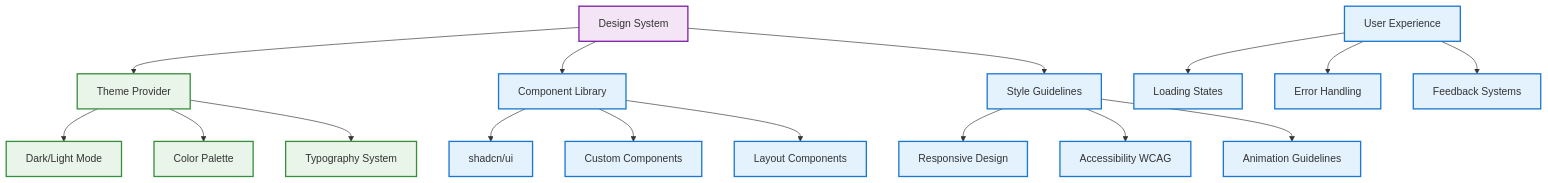
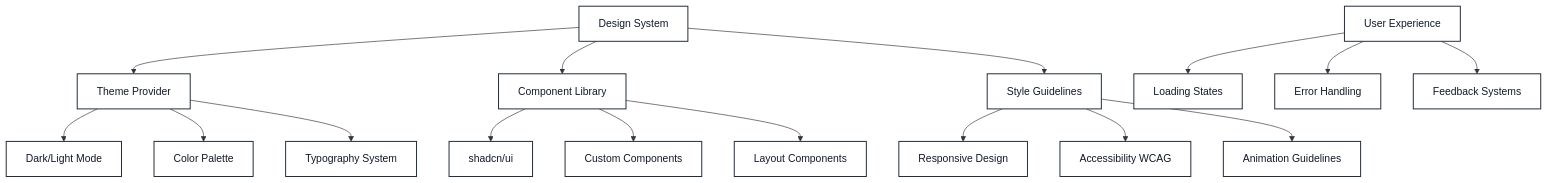
Before and after one commit to Om7035/student-market: the ninth of 11 diagrams in ARCHITECTURE_DIAGRAMS.md, drawn with Mermaid. The commit also changed other lines of this file, not shown here.

````diff
--- a/ARCHITECTURE_DIAGRAMS.md
+++ b/ARCHITECTURE_DIAGRAMS.md
@@ -449,30 +457,31 @@
 ```mermaid
+%%{init: { 'theme': 'base', 'themeVariables': { 'background': '#ffffff', 'primaryColor': '#ffffff', 'secondaryColor': '#ffffff', 'tertiaryColor': '#ffffff', 'primaryTextColor': '#111827', 'textColor': '#111827', 'titleColor': '#111827', 'lineColor': '#1f2937', 'primaryBorderColor': '#1f2937', 'defaultLinkColor': '#1f2937', 'edgeLabelBackground': '#ffffff', 'arrowheadColor': '#1f2937', 'clusterBkg': '#ffffff', 'clusterBorder': '#1f2937', 'fontFamily': 'Inter, ui-sans-serif, system-ui, -apple-system, Segoe UI, Roboto, Helvetica, Arial, "Apple Color Emoji", "Segoe UI Emoji"', 'fontSize': '14px' }, 'flowchart': { 'nodeSpacing': 40, 'rankSpacing': 60, 'padding': 12 } }}%%
 graph TB
     DesignSystem[Design System] --> Theme[Theme Provider]
     DesignSystem --> Components[Component Library]
     DesignSystem --> Guidelines[Style Guidelines]
     
     Theme --> DarkMode[Dark/Light Mode]
     Theme --> Colors[Color Palette]
     Theme --> Typography[Typography System]
     
     Components --> Shadcn[shadcn/ui]
     Components --> Custom[Custom Components]
     Components --> Layout[Layout Components]
     
     Guidelines --> Responsive[Responsive Design]
     Guidelines --> Accessibility[Accessibility WCAG]
     Guidelines --> Animations[Animation Guidelines]
     
     UX[User Experience] --> Loading[Loading States]
     UX --> Errors[Error Handling]
     UX --> Feedback[Feedback Systems]
     
-    classDef designBox fill:#f3e5f5,stroke:#7b1fa2,stroke-width:2px
-    classDef themeBox fill:#e8f5e8,stroke:#388e3c,stroke-width:2px
-    classDef uxBox fill:#e3f2fd,stroke:#1976d2,stroke-width:2px
+    classDef designBox fill:#ffffff,stroke:#1f2937,stroke-width:1.5px,color:#111827
+    classDef themeBox fill:#ffffff,stroke:#1f2937,stroke-width:1.5px,color:#111827
+    classDef uxBox fill:#ffffff,stroke:#1f2937,stroke-width:1.5px,color:#111827
     
     class DesignSystem designBox
     class Theme,DarkMode,Colors,Typography themeBox
     class Components,Shadcn,Custom,Layout,Guidelines,Responsive,Accessibility,Animations,UX,Loading,Errors,Feedback uxBox
 ```
````
